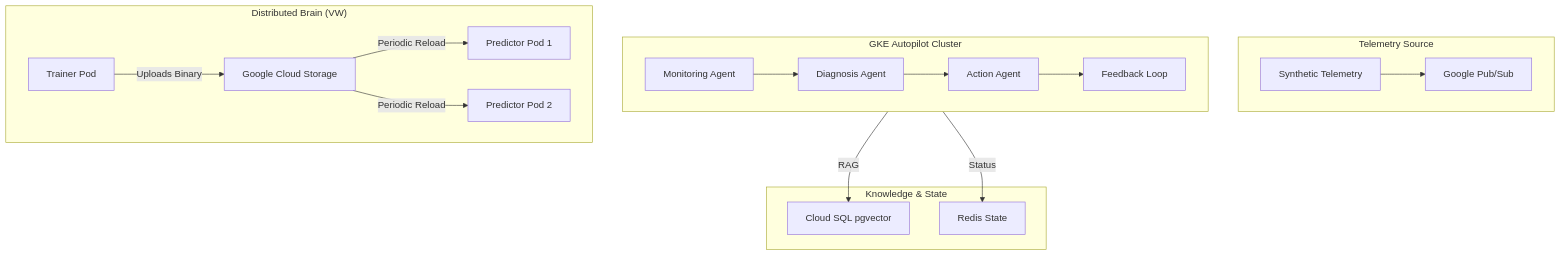
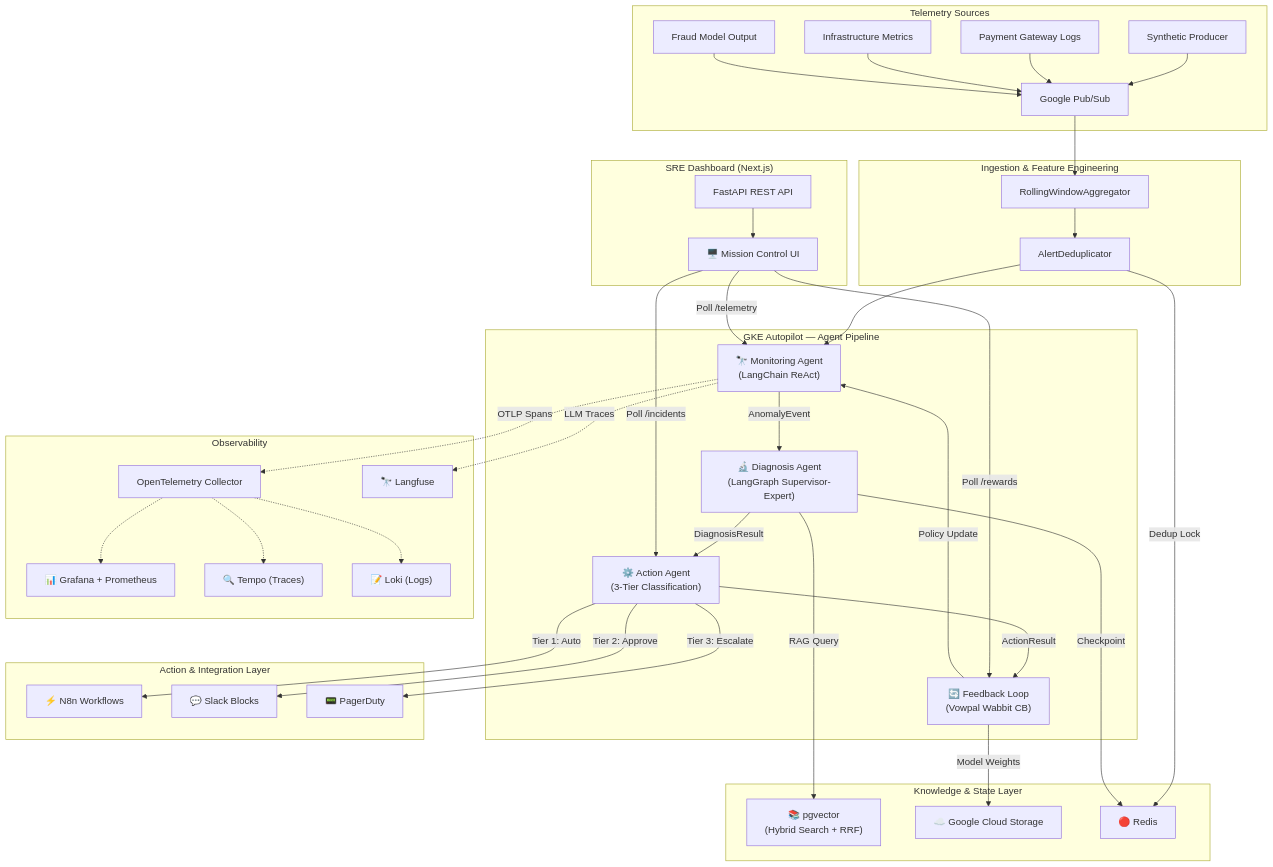
One commit to addy9051/autonomous_anomaly_resposne_agent changed the second of 6 diagrams in README.md. Above: the diagram before and after it, drawn with Mermaid. The commit also changed other lines of this file and 2 other files, not shown here.

Commit message:
docs: add architecture diagram and overhaul README with comprehensive project documentation and evolution timeline.

````diff
--- a/README.md
+++ b/README.md
@@ -15,24 +180,50 @@
 ```mermaid
 graph TD
-    subgraph "Telemetry Source"
-        P[Synthetic Telemetry] --> PS[Google Pub/Sub]
+    subgraph "Telemetry Sources"
+        SYN[Synthetic Producer] --> PS[Google Pub/Sub]
+        PG_LOGS[Payment Gateway Logs] --> PS
+        INFRA[Infrastructure Metrics] --> PS
+        FRAUD[Fraud Model Output] --> PS
     end
 
-    subgraph "GKE Autopilot Cluster"
-        direction LR
-        M[Monitoring Agent] --> D[Diagnosis Agent]
-        D --> A[Action Agent]
-        A --> F[Feedback Loop]
+    subgraph "Ingestion & Feature Engineering"
+        PS --> AGG[RollingWindowAggregator]
+        AGG --> DEDUP[AlertDeduplicator]
     end
 
-    subgraph "Distributed Brain (VW)"
-        T[Trainer Pod] -- Uploads Binary --> GCS[Google Cloud Storage]
-        GCS -- Periodic Reload --> PR1[Predictor Pod 1]
-        GCS -- Periodic Reload --> PR2[Predictor Pod 2]
+    subgraph "GKE Autopilot — Agent Pipeline"
+        DEDUP --> MON["🔭 Monitoring Agent<br/>(LangChain ReAct)"]
+        MON -->|AnomalyEvent| DIAG["🔬 Diagnosis Agent<br/>(LangGraph Supervisor-Expert)"]
+        DIAG -->|DiagnosisResult| ACT["⚙️ Action Agent<br/>(3-Tier Classification)"]
+        ACT -->|ActionResult| FB["🔄 Feedback Loop<br/>(Vowpal Wabbit CB)"]
+        FB -->|Policy Update| MON
     end
 
-    subgraph "Knowledge & State"
-        D -- RAG --> PG[Cloud SQL pgvector]
-        F -- Status --> R[Redis State]
+    subgraph "Knowledge & State Layer"
+        DIAG -->|RAG Query| KB["📚 pgvector<br/>(Hybrid Search + RRF)"]
+        FB -->|Model Weights| GCS["☁️ Google Cloud Storage"]
+        DEDUP -->|Dedup Lock| REDIS["🔴 Redis"]
+        DIAG -->|Checkpoint| REDIS
+    end
+
+    subgraph "Action & Integration Layer"
+        ACT -->|Tier 1: Auto| N8N["⚡ N8n Workflows"]
+        ACT -->|Tier 2: Approve| SLACK["💬 Slack Blocks"]
+        ACT -->|Tier 3: Escalate| PD["📟 PagerDuty"]
+    end
+
+    subgraph "Observability"
+        MON -.->|OTLP Spans| OTEL["OpenTelemetry Collector"]
+        OTEL -.-> GRAF["📊 Grafana + Prometheus"]
+        OTEL -.-> TEMPO["🔍 Tempo (Traces)"]
+        OTEL -.-> LOKI["📝 Loki (Logs)"]
+        MON -.->|LLM Traces| LF["🔭 Langfuse"]
+    end
+
+    subgraph "SRE Dashboard (Next.js)"
+        API["FastAPI REST API"] --> DASH["🖥️ Mission Control UI"]
+        DASH -->|Poll /telemetry| MON
+        DASH -->|Poll /incidents| ACT
+        DASH -->|Poll /rewards| FB
     end
 ```
````
